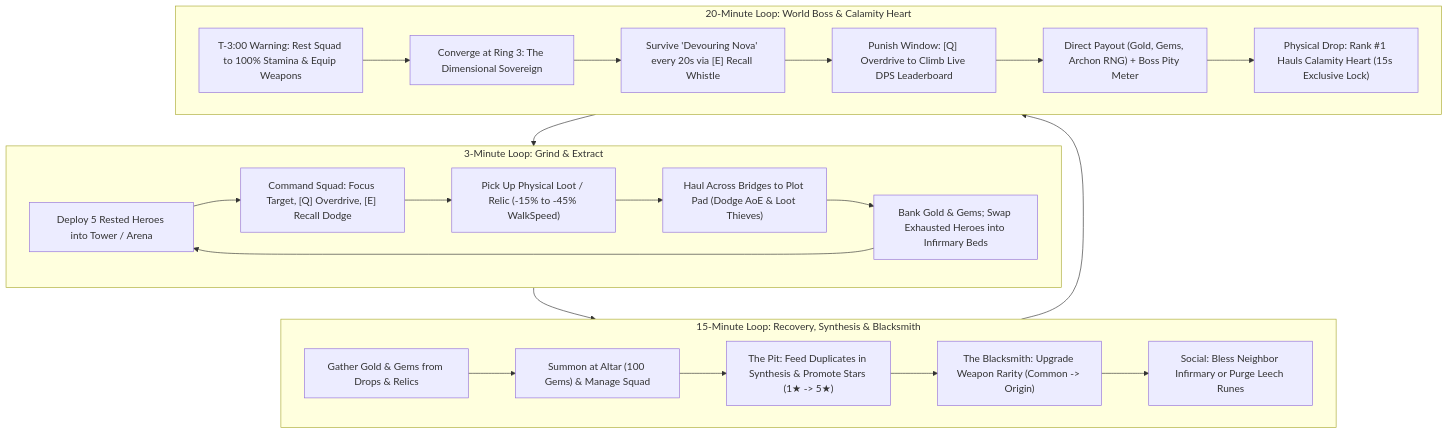
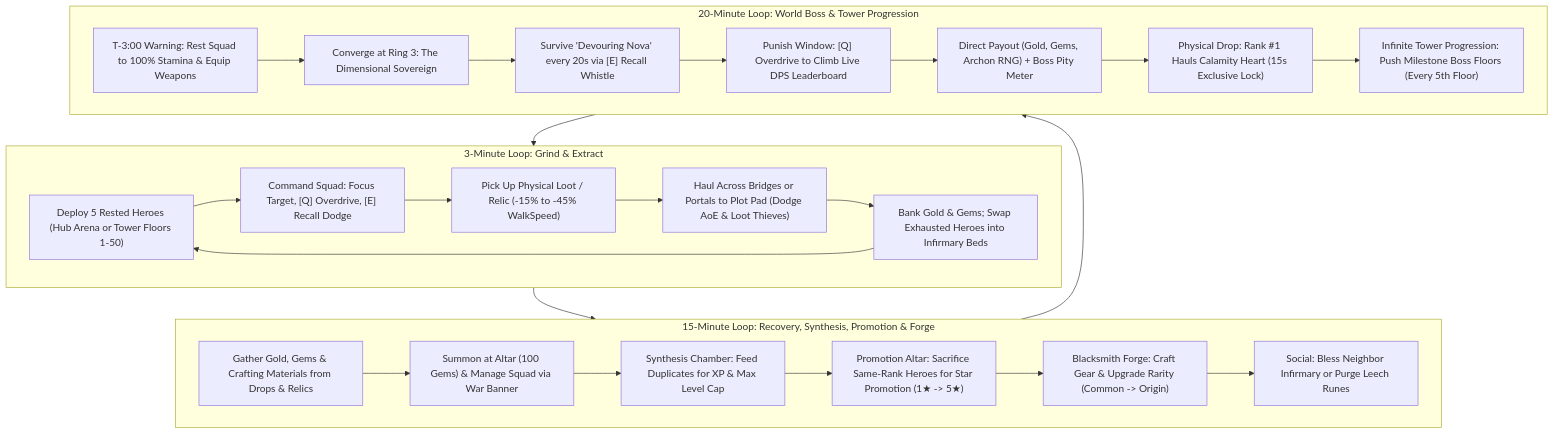
One commit to Zaimoo/infinite-tower changed the diagram in GAME_DESIGN.MD. Above: the diagram before and after it, drawn with Mermaid. The commit also changed other lines of this file, not shown here.

Commit message:
docs: align GAME_DESIGN.MD with tower rebuild, forge, and squad deploy systems

````diff
--- a/GAME_DESIGN.MD
+++ b/GAME_DESIGN.MD
@@ -45,29 +46,31 @@
 ```mermaid
 flowchart TD
     subgraph Micro["3-Minute Loop: Grind & Extract"]
-        M1["Deploy 5 Rested Heroes into Tower / Arena"] --> M2["Command Squad: Focus Target, [Q] Overdrive, [E] Recall Dodge"]
+        M1["Deploy 5 Rested Heroes (Hub Arena or Tower Floors 1-50)"] --> M2["Command Squad: Focus Target, [Q] Overdrive, [E] Recall Dodge"]
         M2 --> M3["Pick Up Physical Loot / Relic (-15% to -45% WalkSpeed)"]
-        M3 --> M4["Haul Across Bridges to Plot Pad (Dodge AoE & Loot Thieves)"]
+        M3 --> M4["Haul Across Bridges or Portals to Plot Pad (Dodge AoE & Loot Thieves)"]
         M4 --> M5["Bank Gold & Gems; Swap Exhausted Heroes into Infirmary Beds"]
         M5 --> M1
     end
 
-    subgraph Meso["15-Minute Loop: Recovery, Synthesis & Blacksmith"]
-        T1["Gather Gold & Gems from Drops & Relics"] --> T2["Summon at Altar (100 Gems) & Manage Squad"]
-        T2 --> T3["The Pit: Feed Duplicates in Synthesis & Promote Stars (1★ -> 5★)"]
-        T3 --> T4["The Blacksmith: Upgrade Weapon Rarity (Common -> Origin)"]
-        T4 --> T5["Social: Bless Neighbor Infirmary or Purge Leech Runes"]
+    subgraph Meso["15-Minute Loop: Recovery, Synthesis, Promotion & Forge"]
+        T1["Gather Gold, Gems & Crafting Materials from Drops & Relics"] --> T2["Summon at Altar (100 Gems) & Manage Squad via War Banner"]
+        T2 --> T3["Synthesis Chamber: Feed Duplicates for XP & Max Level Cap"]
+        T3 --> T4["Promotion Altar: Sacrifice Same-Rank Heroes for Star Promotion (1★ -> 5★)"]
+        T4 --> T5["Blacksmith Forge: Craft Gear & Upgrade Rarity (Common -> Origin)"]
+        T5 --> T6["Social: Bless Neighbor Infirmary or Purge Leech Runes"]
     end
 
-    subgraph Macro["20-Minute Loop: World Boss & Calamity Heart"]
+    subgraph Macro["20-Minute Loop: World Boss & Tower Progression"]
         W1["T-3:00 Warning: Rest Squad to 100% Stamina & Equip Weapons"] --> W2["Converge at Ring 3: The Dimensional Sovereign"]
         W2 --> W3["Survive 'Devouring Nova' every 20s via [E] Recall Whistle"]
         W3 --> W4["Punish Window: [Q] Overdrive to Climb Live DPS Leaderboard"]
         W4 --> W5["Direct Payout (Gold, Gems, Archon RNG) + Boss Pity Meter"]
         W5 --> W6["Physical Drop: Rank #1 Hauls Calamity Heart (15s Exclusive Lock)"]
+        W6 --> W7["Infinite Tower Progression: Push Milestone Boss Floors (Every 5th Floor)"]
     end
 
     Micro --> Meso
     Meso --> Macro
     Macro --> Micro
 ```
````
